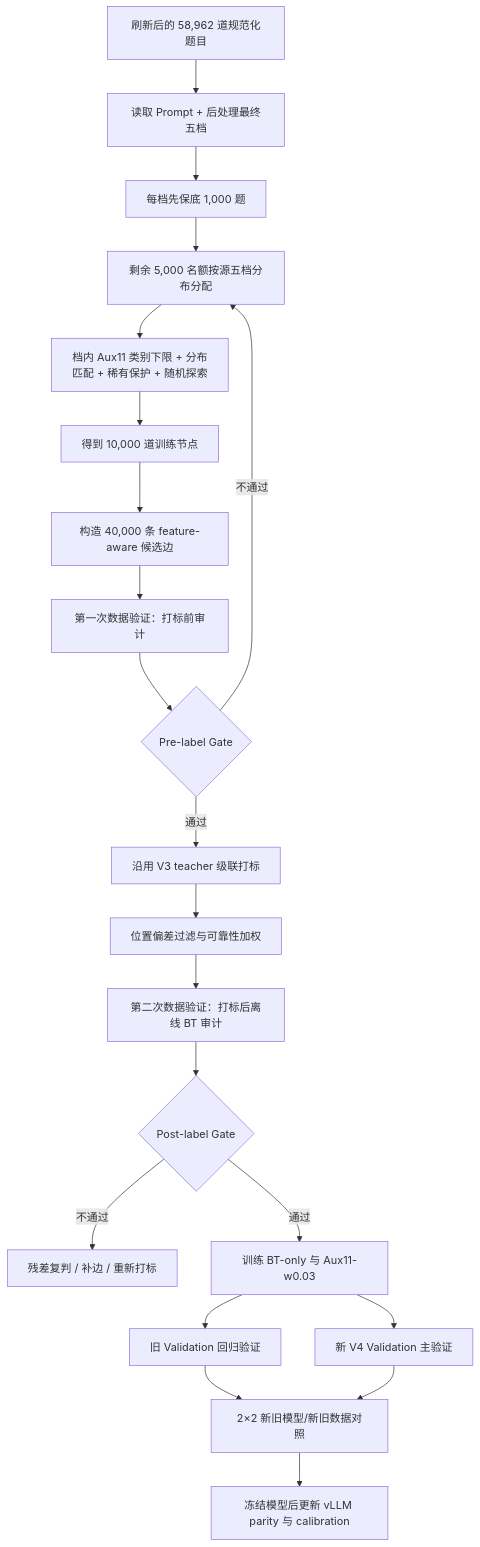
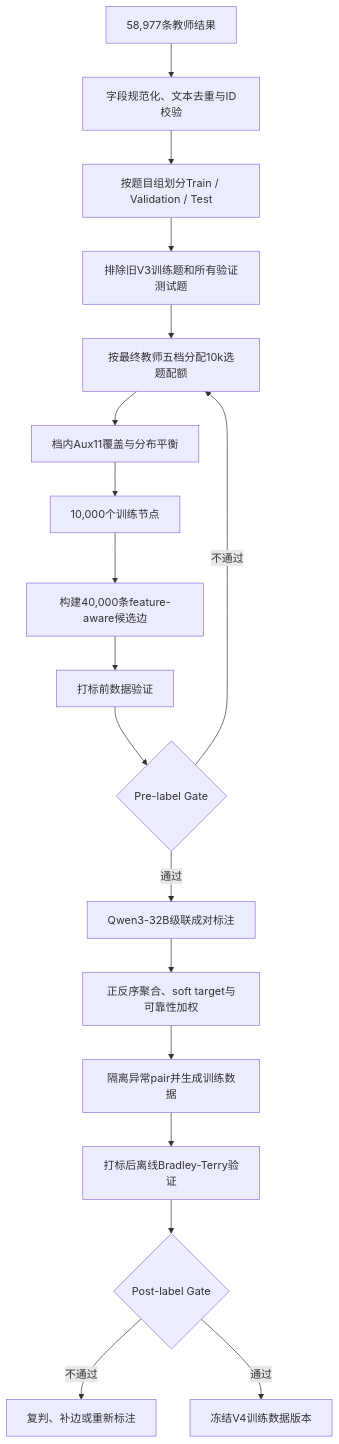
The diagram in docs/v4_10k_40k_expansion_plan.md (wishfine/physics-difficulty-rater), drawn with Mermaid before and after one commit. The commit also changed other lines of this file, not shown here.

````diff
--- a/docs/v4_10k_40k_expansion_plan.md
+++ b/docs/v4_10k_40k_expansion_plan.md
@@ -67,23 +72,20 @@
 ```mermaid
 flowchart TD
-    A["刷新后的 58,962 道规范化题目"] --> B["读取 Prompt + 后处理最终五档"]
-    B --> C["每档先保底 1,000 题"]
-    C --> D["剩余 5,000 名额按源五档分布分配"]
-    D --> E["档内 Aux11 类别下限 + 分布匹配 + 稀有保护 + 随机探索"]
-    E --> F["得到 10,000 道训练节点"]
-    F --> G["构造 40,000 条 feature-aware 候选边"]
-    G --> H["第一次数据验证：打标前审计"]
-    H --> I{"Pre-label Gate"}
-    I -- "不通过" --> D
-    I -- "通过" --> J["沿用 V3 teacher 级联打标"]
-    J --> K["位置偏差过滤与可靠性加权"]
-    K --> L["第二次数据验证：打标后离线 BT 审计"]
-    L --> M{"Post-label Gate"}
-    M -- "不通过" --> N["残差复判 / 补边 / 重新打标"]
-    M -- "通过" --> O["训练 BT-only 与 Aux11-w0.03"]
-    O --> P["旧 Validation 回归验证"]
-    O --> Q["新 V4 Validation 主验证"]
-    P --> R["2×2 新旧模型/新旧数据对照"]
-    Q --> R
-    R --> S["冻结模型后更新 vLLM parity 与 calibration"]
+    A["58,977条教师结果"] --> B["字段规范化、文本去重与ID校验"]
+    B --> C["按题目组划分Train / Validation / Test"]
+    C --> D["排除旧V3训练题和所有验证测试题"]
+    D --> E["按最终教师五档分配10k选题配额"]
+    E --> F["档内Aux11覆盖与分布平衡"]
+    F --> G["10,000个训练节点"]
+    G --> H["构建40,000条feature-aware候选边"]
+    H --> I["打标前数据验证"]
+    I --> J{"Pre-label Gate"}
+    J -- "不通过" --> E
+    J -- "通过" --> K["Qwen3-32B级联成对标注"]
+    K --> L["正反序聚合、soft target与可靠性加权"]
+    L --> M["隔离异常pair并生成训练数据"]
+    M --> N["打标后离线Bradley-Terry验证"]
+    N --> O{"Post-label Gate"}
+    O -- "不通过" --> P["复判、补边或重新标注"]
+    O -- "通过" --> Q["冻结V4训练数据版本"]
 ```
````
